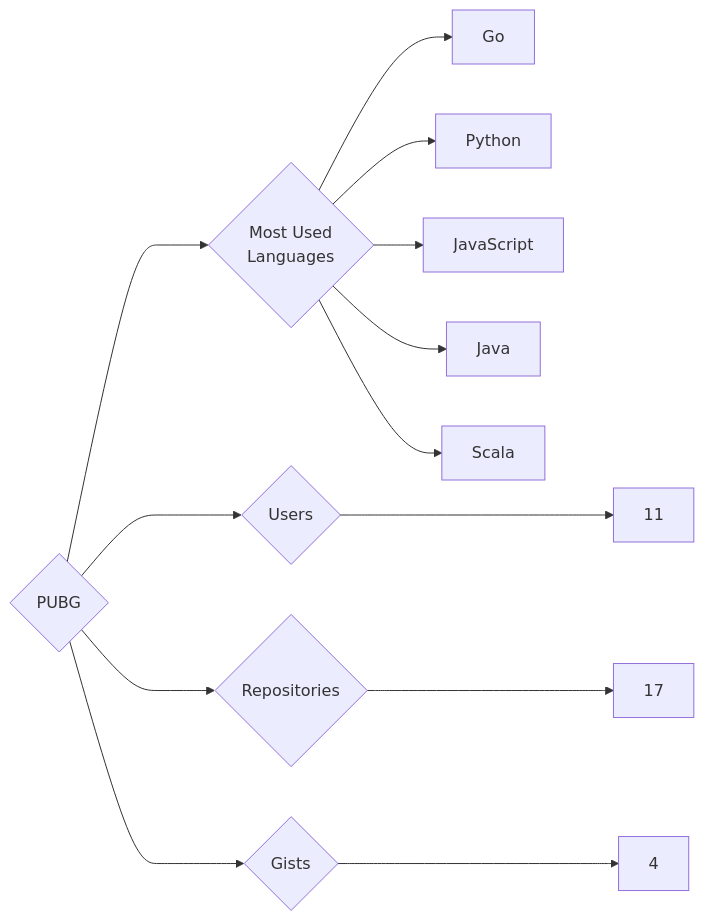
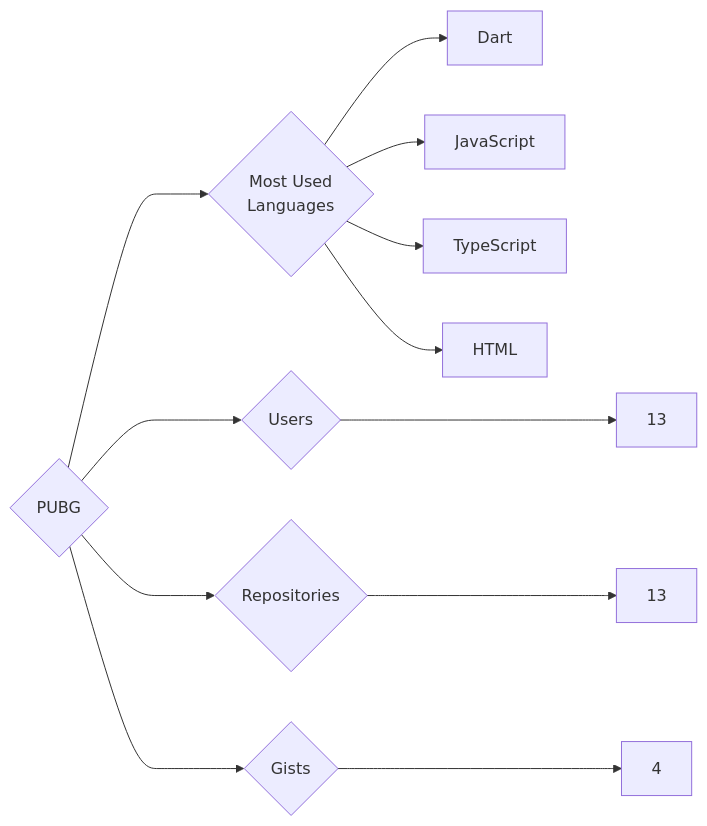
Before and after one commit to trickest/insiders: the diagram in targets/PUBG/README.md, drawn with Mermaid. The commit also changed 833 other files, not shown here.

````diff
--- a/targets/PUBG/README.md
+++ b/targets/PUBG/README.md
@@ -3,13 +3,12 @@
 ```mermaid
 graph LR
 COMPANY_NAME{PUBG}
-COMPANY_NAME ---> U{Users} ---> UN[11]
-COMPANY_NAME ---> R{Repositories} ---> RN[17]
+COMPANY_NAME ---> U{Users} ---> UN[13]
+COMPANY_NAME ---> R{Repositories} ---> RN[13]
 COMPANY_NAME ---> G{Gists} ---> GN[4]
 COMPANY_NAME ---> ML{Most Used<br>Languages}
-ML --> Go[Go]
-ML --> Python[Python]
+ML --> Dart[Dart]
 ML --> JavaScript[JavaScript]
-ML --> Java[Java]
-ML --> Scala[Scala]
+ML --> TypeScript[TypeScript]
+ML --> HTML[HTML]
 ```
````
